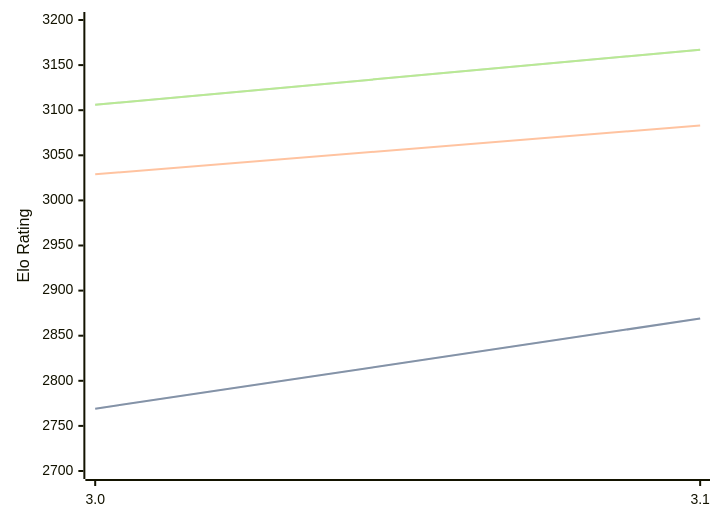
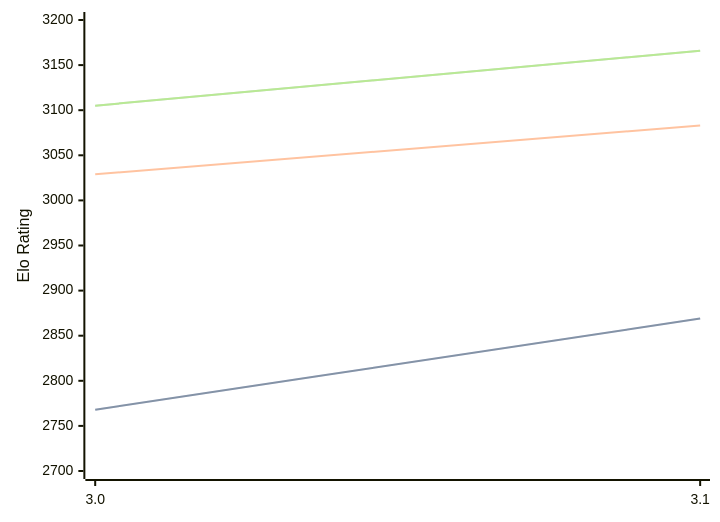
One commit to computer-chess-index/cci changed the diagram in engines/Vajolet2.md. Above: the diagram before and after it, drawn with Mermaid. The commit also changed other lines of this file, not shown here.

Commit message:
Update CCI Ratings (ELO VLTC) - 2026-04-28

````diff
--- a/engines/Vajolet2.md
+++ b/engines/Vajolet2.md
@@ -40,11 +40,11 @@
 ```mermaid
 %%{init: {"theme":"base","themeVariables":{"seriesColors:['#a3a3a3','#222221','#faa371']}}}%%
 xychart-beta
   x-axis ["3.0", "3.1"]
   y-axis "Elo Rating" 2700 --> 3200
-  line "STC (8.0+0.08s)" [2769, 2869]
-  line "STC (8.0+0.08s)" [2769, 2869]
+  line "STC (8.0+0.08s)" [2768, 2869]
+  line "STC (8.0+0.08s)" [2768, 2869]
   line "LTC (60.0+0.60s)" [3029, 3083]
-  line "VLTC (2m24s+1.12s)" [3106, 3167]
-  line "VLTC (2m24s+1.12s)" [3106, 3167]
+  line "VLTC (2m24s+1.12s)" [3105, 3166]
+  line "VLTC (2m24s+1.12s)" [3105, 3166]
 ```
````
